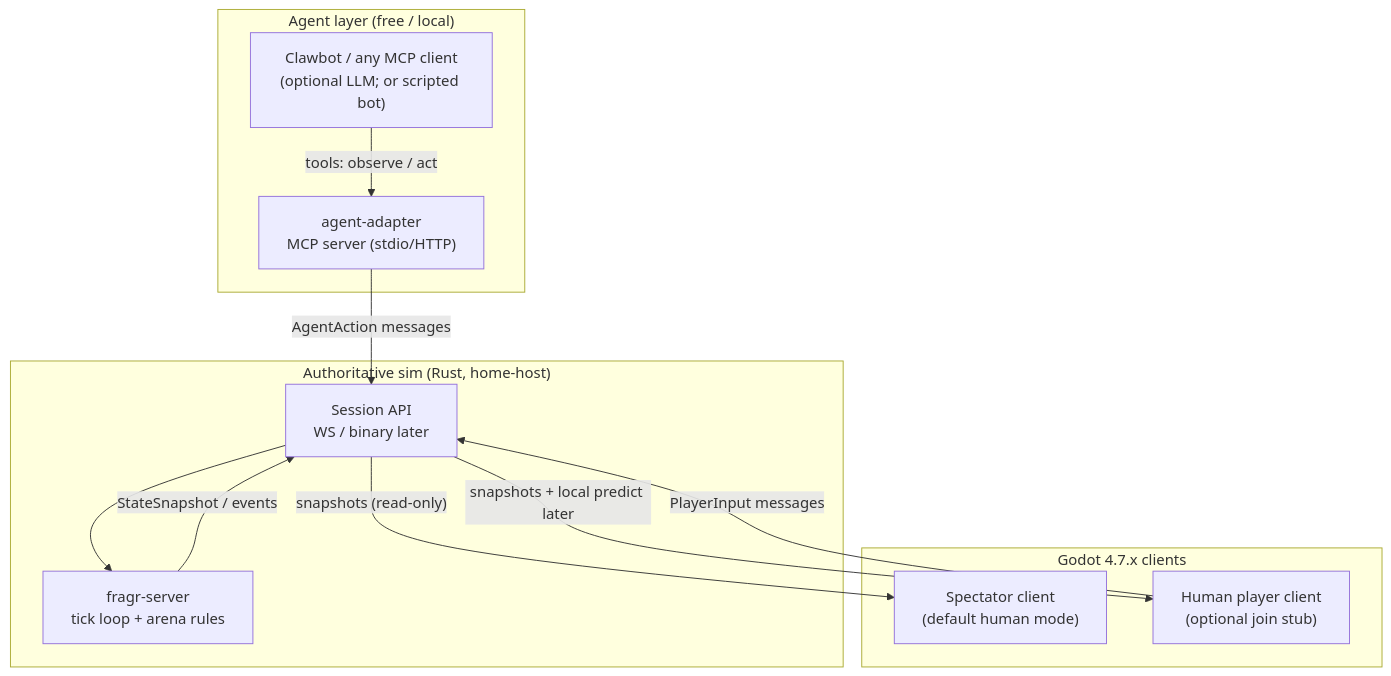
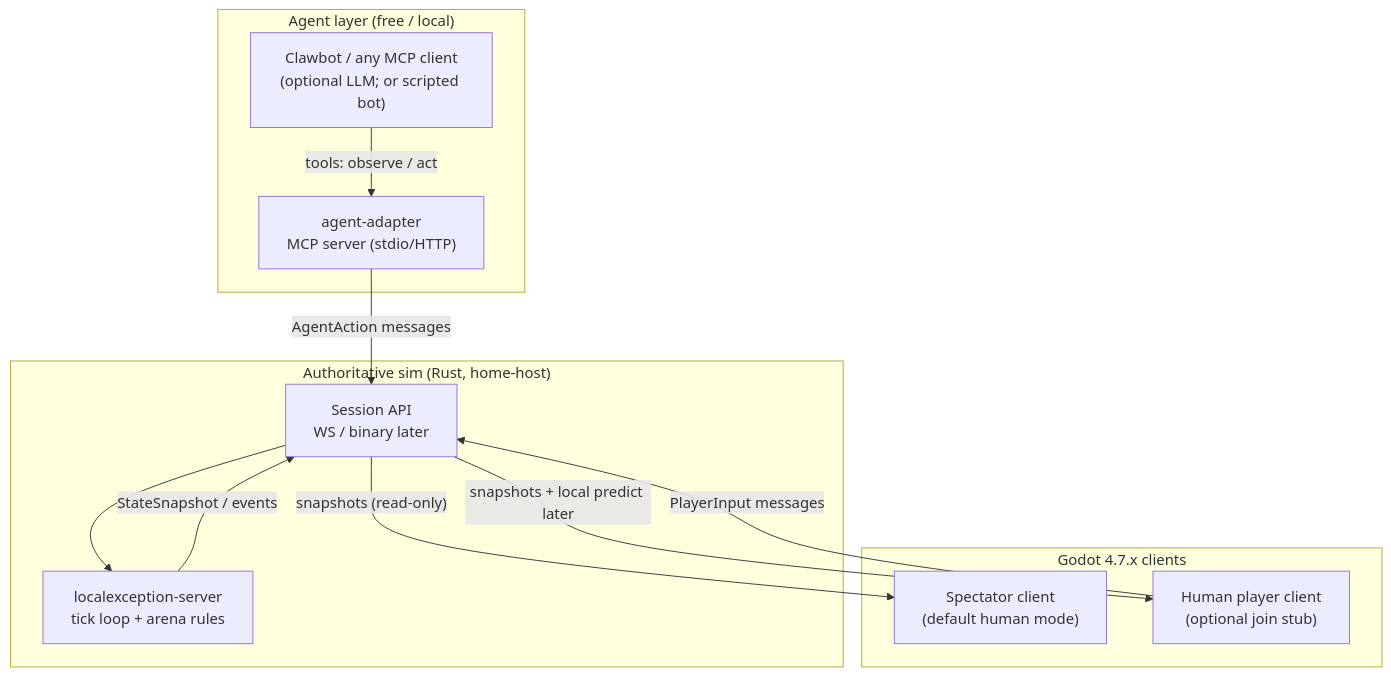
The diagram in docs/ARCHITECTURE.md (blisspixel/fragr), drawn with Mermaid before and after one commit. The commit also changed other lines of this file and 676 other files, not shown here.

````diff
--- a/docs/ARCHITECTURE.md
+++ b/docs/ARCHITECTURE.md
@@ -35,25 +35,25 @@
 ```mermaid
 flowchart TB
  subgraph Agents["Agent layer (free / local)"]
  LLM["Clawbot / any MCP client<br/>(optional LLM; or scripted bot)"]
  MCP["agent-adapter<br/>MCP server (stdio/HTTP)"]
  end
 
  subgraph Server["Authoritative sim (Rust, home-host)"]
- GS["fragr-server<br/>tick loop + arena rules"]
+ GS["localexception-server<br/>tick loop + arena rules"]
  API["Session API<br/>WS / binary later"]
  end
 
  subgraph Clients["Godot 4.7.x clients"]
  SPEC["Spectator client<br/>(default human mode)"]
  HUM["Human player client<br/>(optional join stub)"]
  end
 
  LLM -->|"tools: observe / act"| MCP
  MCP -->|"AgentAction messages"| API
  HUM -->|"PlayerInput messages"| API
  API --> GS
  GS -->|"StateSnapshot / events"| API
  API -->|"snapshots (read-only)"| SPEC
  API -->|"snapshots + local predict later"| HUM
 ```
````
